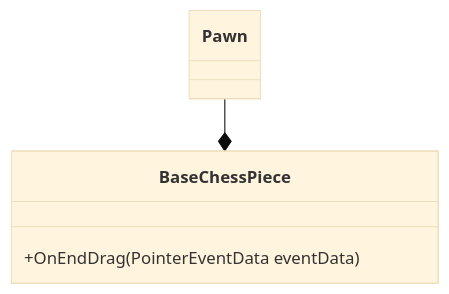
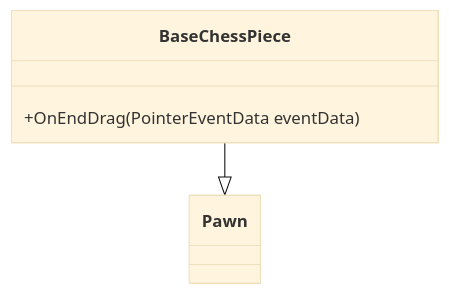
The diagram in README.md (JL-40/Game_Engine_Assignment_1), drawn with Mermaid (base theme) before and after one commit.

````diff
--- a/README.md
+++ b/README.md
@@ -56,6 +56,6 @@
 ```mermaid
 classDiagram
 	BaseChessPiece : +OnEndDrag(PointerEventData eventData)
-	Pawn --* BaseChessPiece
+	BaseChessPiece --|> Pawn
 	
 ```
````
